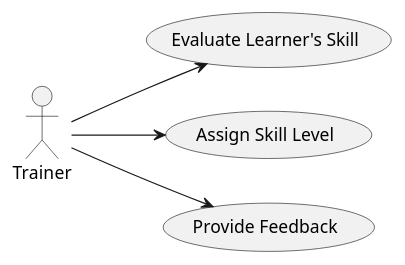
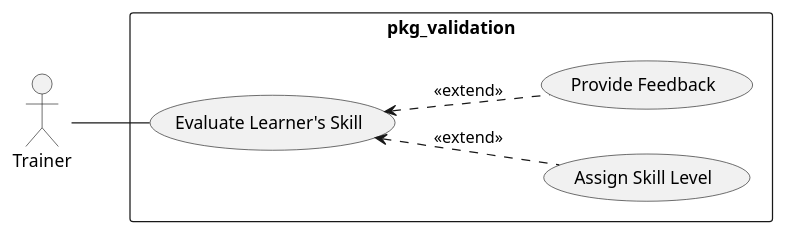
The diagram in use_case_diagram/use_case_diagram.pu (Suirita/9.analyse-conception), drawn with PlantUML before and after one commit.

Commit message:
fixing the use case

```diff
--- a/use_case_diagram/use_case_diagram.pu
+++ b/use_case_diagram/use_case_diagram.pu
@@ -1,10 +1,16 @@
 @startuml
 left to right direction
 
 actor Trainer
 
-Trainer --> (Evaluate Learner's Skill)
-Trainer --> (Assign Skill Level)
-Trainer --> (Provide Feedback)
+rectangle pkg_validation {
+  usecase "Evaluate Learner's Skill" as U1
+  usecase "Assign Skill Level" as U2
+  usecase "Provide Feedback" as U3
+}
+
+Trainer -- U1
+U1 <.. U2 : <<extend>>
+U1 <.. U3 : <<extend>>
 
 @enduml
```
